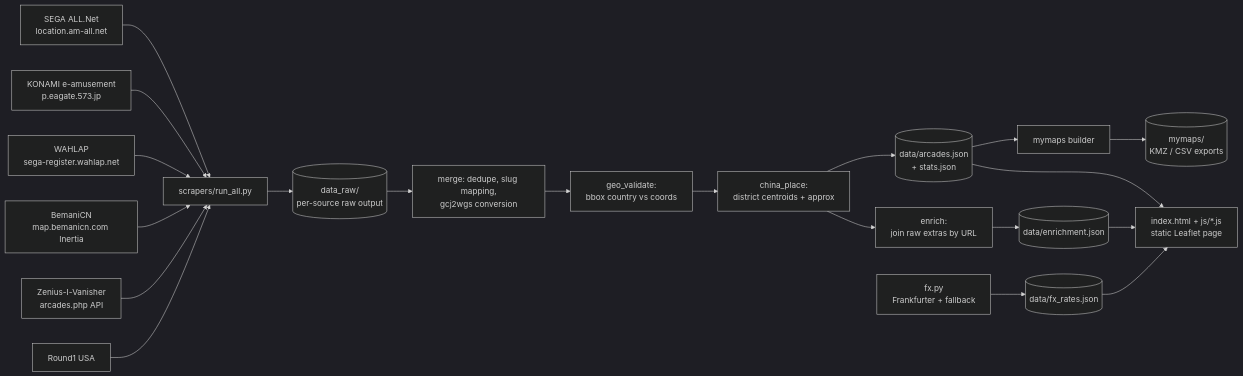
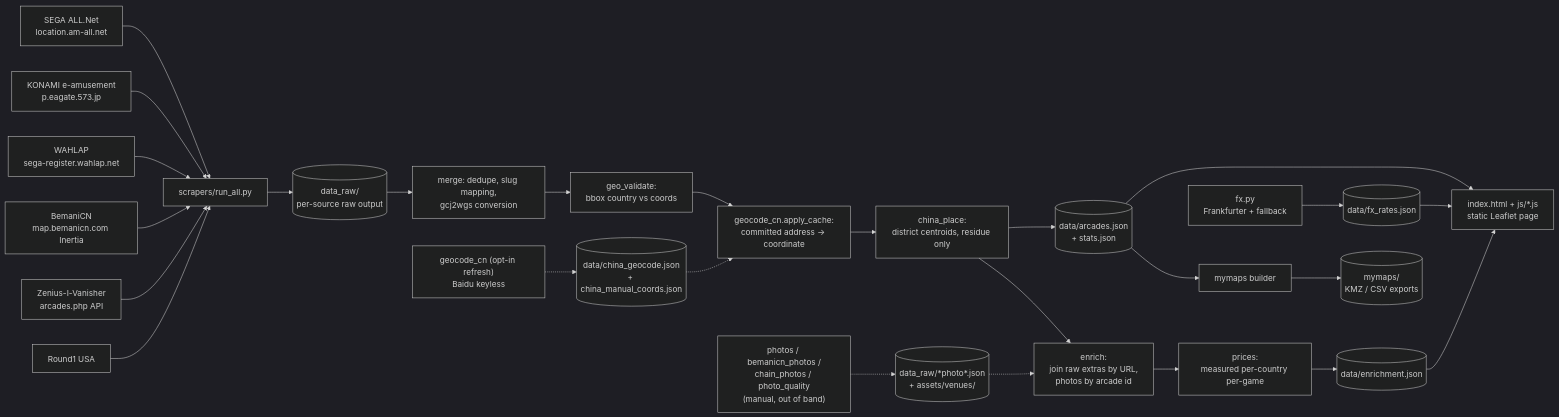
The first of 2 diagrams in docs/ARCHITECTURE.md (JonathanLiu1401/Arcade-Maps), drawn with Mermaid (dark theme) before and after one commit. The commit also changed other lines of this file and 44 other files, not shown here.

````diff
--- a/docs/ARCHITECTURE.md
+++ b/docs/ARCHITECTURE.md
@@ -5,22 +5,28 @@
 ```mermaid
 flowchart LR
   allnet["SEGA ALL.Net<br>location.am-all.net"] --> run
   eagate["KONAMI e-amusement<br>p.eagate.573.jp"] --> run
   wahlap["WAHLAP<br>sega-register.wahlap.net"] --> run
   bemanicn["BemaniCN<br>map.bemanicn.com Inertia"] --> run
   ziv["Zenius-I-Vanisher<br>arcades.php API"] --> run
   round1["Round1 USA"] --> run
   run["scrapers/run_all.py"] --> raw[("data_raw/<br>per-source raw output")]
   raw --> merge["merge: dedupe, slug mapping,<br>gcj2wgs conversion"]
   merge --> geov["geo_validate:<br>bbox country vs coords"]
-  geov --> china["china_place:<br>district centroids + approx"]
+  geov --> cnge["geocode_cn.apply_cache:<br>committed address -> coordinate"]
+  cnge --> china["china_place:<br>district centroids, residue only"]
   china --> canon[("data/arcades.json<br>+ stats.json")]
-  china --> enrich["enrich:<br>join raw extras by URL"]
-  enrich --> enj[("data/enrichment.json")]
+  china --> enrich["enrich:<br>join raw extras by URL,<br>photos by arcade id"]
+  enrich --> pricestep["prices:<br>measured per-country per-game"]
+  pricestep --> enj[("data/enrichment.json")]
   canon --> site["index.html + js/*.js<br>static Leaflet page"]
   enj --> site
   fxstep["fx.py<br>Frankfurter + fallback"] --> fxj[("data/fx_rates.json")]
   fxj --> site
   canon --> builder["mymaps builder"]
   builder --> exports[("mymaps/<br>KMZ / CSV exports")]
+  cngeo["geocode_cn (opt-in refresh)<br>Baidu keyless"] -.-> cnc[("data/china_geocode.json<br>+ china_manual_coords.json")]
+  cnc -.-> cnge
+  photo["photos / bemanicn_photos /<br>chain_photos / photo_quality<br>(manual, out of band)"] -.-> psc[("data_raw/*photo*.json<br>+ assets/venues/")]
+  psc -.-> enrich
 ```
````
